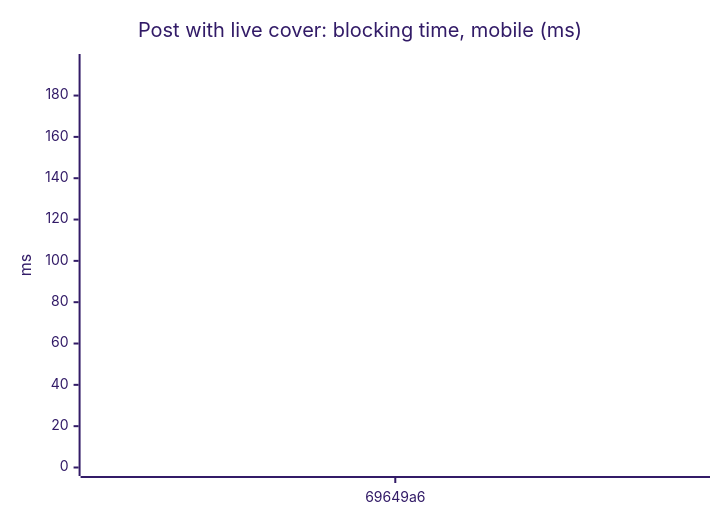
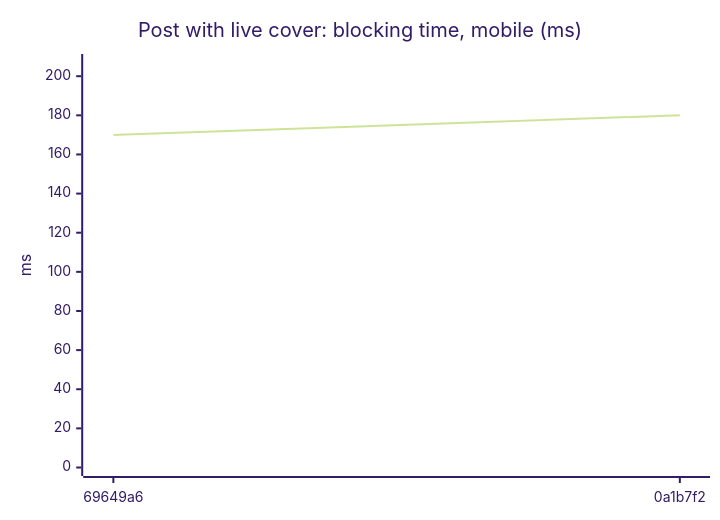
One commit to AxelUser/maltsev.space changed diagram 14 of 18 in README.md. Above: the diagram before and after it, drawn with Mermaid (forest theme). The commit also changed other lines of this file and 1 other file, not shown here.

````diff
--- a/README.md
+++ b/README.md
@@ -151,7 +151,7 @@
 ```mermaid
 xychart-beta
   title "Post with live cover: blocking time, mobile (ms)"
-  x-axis ["69649a6"]
-  y-axis "ms" 0 --> 196
-  line [170]
+  x-axis ["69649a6", "0a1b7f2"]
+  y-axis "ms" 0 --> 207
+  line [170, 180]
 ```
````
